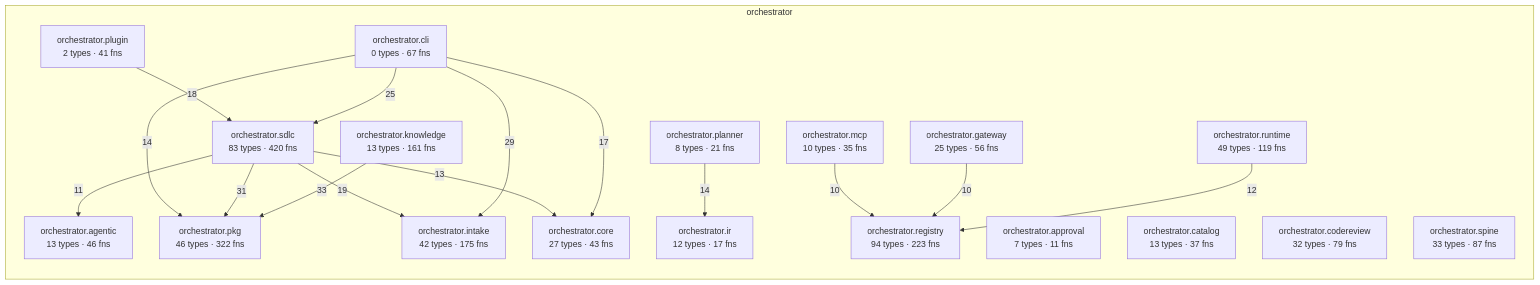
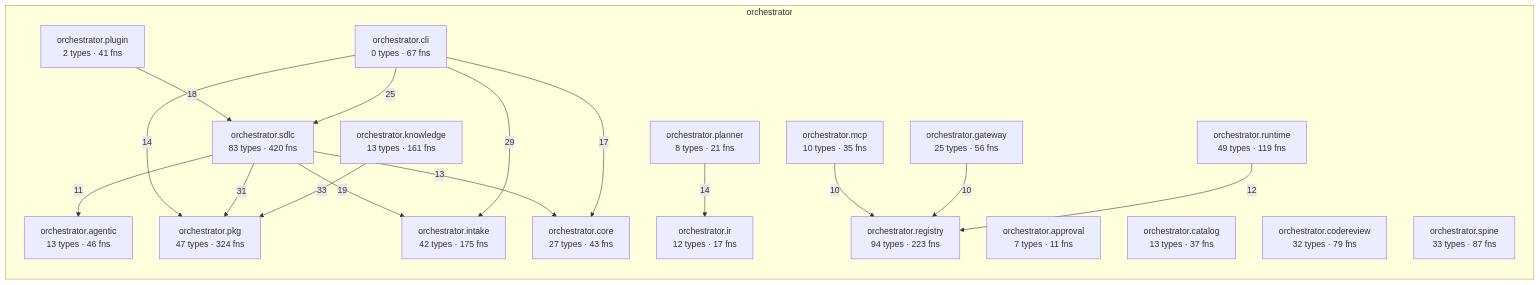
One commit to synaptixs/spine changed the diagram in episteme/architecture.md. Above: the diagram before and after it, drawn with Mermaid. The commit also changed other lines of this file and 7 other files, not shown here.

````diff
--- a/episteme/architecture.md
+++ b/episteme/architecture.md
@@ -54,37 +54,37 @@
 ```mermaid
 flowchart LR
   subgraph z_orchestrator["orchestrator"]
     aorchestratoragentic["orchestrator.agentic<br/>13 types · 46 fns"]
     aorchestratorapproval["orchestrator.approval<br/>7 types · 11 fns"]
     aorchestratorcatalog["orchestrator.catalog<br/>13 types · 37 fns"]
     aorchestratorcli["orchestrator.cli<br/>0 types · 67 fns"]
     aorchestratorcodereview["orchestrator.codereview<br/>32 types · 79 fns"]
     aorchestratorcore["orchestrator.core<br/>27 types · 43 fns"]
     aorchestratorgateway["orchestrator.gateway<br/>25 types · 56 fns"]
     aorchestratorintake["orchestrator.intake<br/>42 types · 175 fns"]
     aorchestratorir["orchestrator.ir<br/>12 types · 17 fns"]
     aorchestratorknowledge["orchestrator.knowledge<br/>13 types · 161 fns"]
     aorchestratormcp["orchestrator.mcp<br/>10 types · 35 fns"]
-    aorchestratorpkg["orchestrator.pkg<br/>46 types · 322 fns"]
+    aorchestratorpkg["orchestrator.pkg<br/>47 types · 324 fns"]
     aorchestratorplanner["orchestrator.planner<br/>8 types · 21 fns"]
     aorchestratorplugin["orchestrator.plugin<br/>2 types · 41 fns"]
     aorchestratorregistry["orchestrator.registry<br/>94 types · 223 fns"]
     aorchestratorruntime["orchestrator.runtime<br/>49 types · 119 fns"]
     aorchestratorsdlc["orchestrator.sdlc<br/>83 types · 420 fns"]
     aorchestratorspine["orchestrator.spine<br/>33 types · 87 fns"]
   end
   aorchestratorknowledge -->|33| aorchestratorpkg
   aorchestratorsdlc -->|31| aorchestratorpkg
   aorchestratorcli -->|29| aorchestratorintake
   aorchestratorcli -->|25| aorchestratorsdlc
   aorchestratorsdlc -->|19| aorchestratorintake
   aorchestratorplugin -->|18| aorchestratorsdlc
   aorchestratorcli -->|17| aorchestratorcore
   aorchestratorcli -->|14| aorchestratorpkg
   aorchestratorplanner -->|14| aorchestratorir
   aorchestratorsdlc -->|13| aorchestratorcore
   aorchestratorruntime -->|12| aorchestratorregistry
   aorchestratorsdlc -->|11| aorchestratoragentic
   aorchestratorgateway -->|10| aorchestratorregistry
   aorchestratormcp -->|10| aorchestratorregistry
 ```
````
